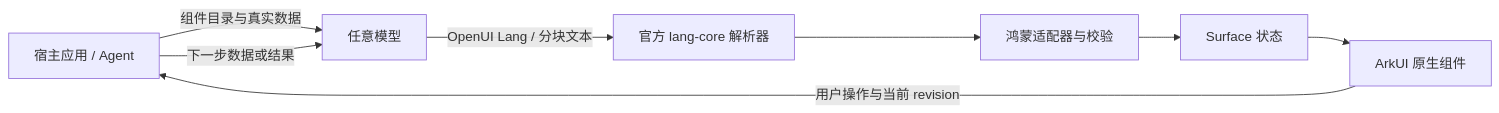
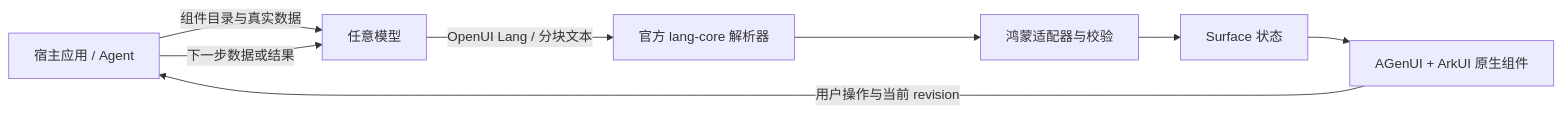
Before and after one commit to hreyulog/harmony-openui: the diagram in README.md, drawn with Mermaid. The commit also changed other lines of this file and 1 other file, not shown here.

Commit message:
docs: add bilingual readmes and clarify native adapter architecture

````diff
--- a/README.md
+++ b/README.md
@@ -17,10 +19,10 @@
 ```mermaid
 flowchart LR
   App[宿主应用 / Agent] -->|组件目录与真实数据| Model[任意模型]
   Model -->|OpenUI Lang / 分块文本| Parser[官方 lang-core 解析器]
   Parser --> Adapter[鸿蒙适配器与校验]
   Adapter --> State[Surface 状态]
-  State --> Native[ArkUI 原生组件]
+  State --> Native[AGenUI + ArkUI 原生组件]
   Native -->|用户操作与当前 revision| App
   App -->|下一步数据或结果| Model
 ```
````
